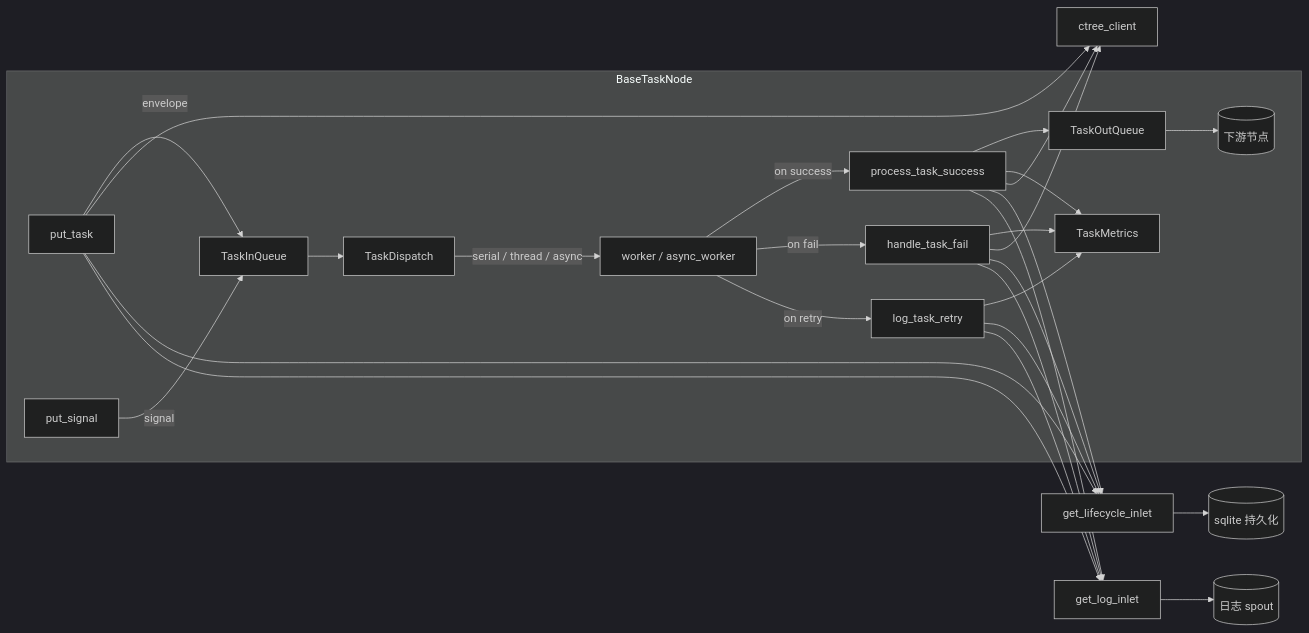
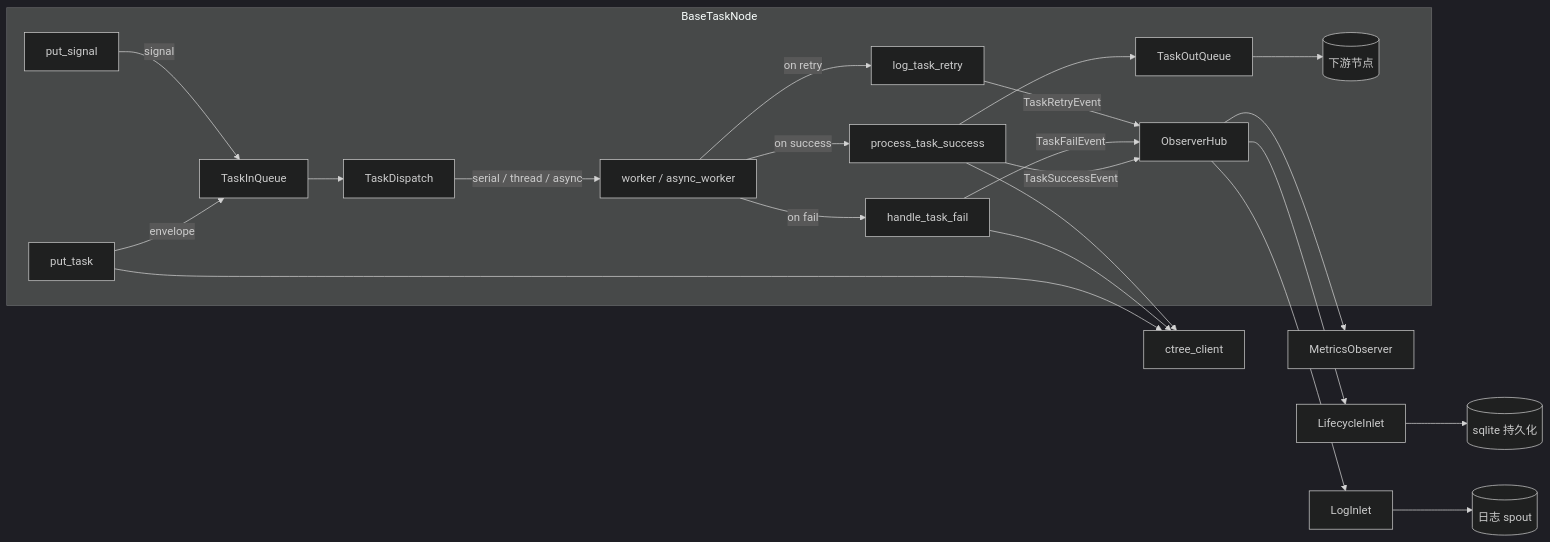
The second of 2 diagrams in docs/zh-CN/src/node/core_node.md (Mr-xiaotian/CelestialFlow), drawn with Mermaid (dark theme) before and after one commit. The commit also changed other lines of this file and 74 other files, not shown here.

````diff
--- a/docs/zh-CN/src/node/core_node.md
+++ b/docs/zh-CN/src/node/core_node.md
@@ -200,32 +211,27 @@
 ```mermaid
 flowchart LR
     subgraph "BaseTaskNode"
         PutTask[put_task] -->|envelope| TaskQueue[TaskInQueue]
         PutSignal[put_signal] -->|signal| TaskQueue
         TaskQueue --> Dispatch[TaskDispatch]
         Dispatch -->|serial / thread / async| Worker[worker / async_worker]
         Worker -->|on success| PTS[process_task_success]
         Worker -->|on fail| HTF[handle_task_fail]
         Worker -->|on retry| LTR[log_task_retry]
         PTS --> YieldQueue[TaskOutQueue]
         YieldQueue --> Downstream[(下游节点)]
-        PTS --> Metrics[TaskMetrics]
-        HTF --> Metrics
-        LTR --> Metrics
+        PTS -->|TaskSuccessEvent| Hub[ObserverHub]
+        HTF -->|TaskFailEvent| Hub
+        LTR -->|TaskRetryEvent| Hub
     end
 
     PutTask --> CT[ctree_client]
     HTF --> CT
     PTS --> CT
 
-    PutTask --> LCI[get_lifecycle_inlet]
-    PutTask --> GLI[get_log_inlet]
-    PTS --> LCI
-    PTS --> GLI
-    HTF --> LCI
-    HTF --> GLI
-    LTR --> LCI
-    LTR --> GLI
-    LCI --> SQLite[(sqlite 持久化)]
-    GLI --> LogStore[(日志 spout)]
+    Hub --> Metrics[MetricsObserver]
+    Hub --> Lifecycle[LifecycleInlet]
+    Hub --> Log[LogInlet]
+    Lifecycle --> SQLite[(sqlite 持久化)]
+    Log --> LogStore[(日志 spout)]
 ```
````
